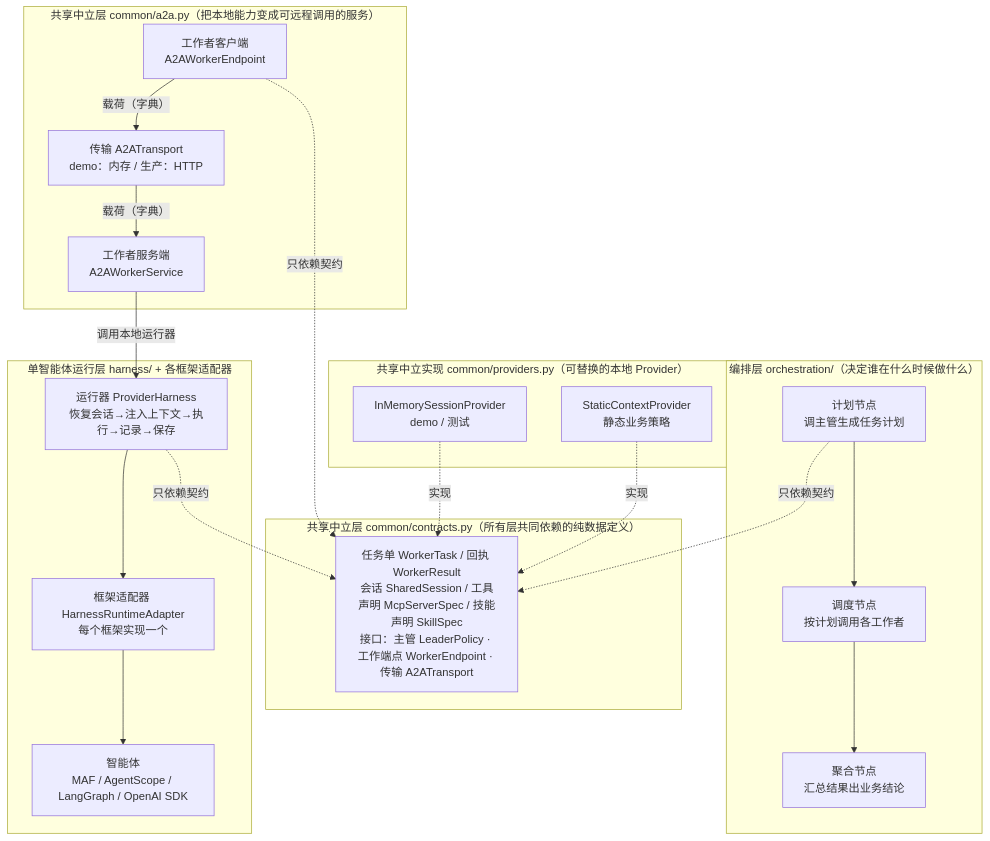
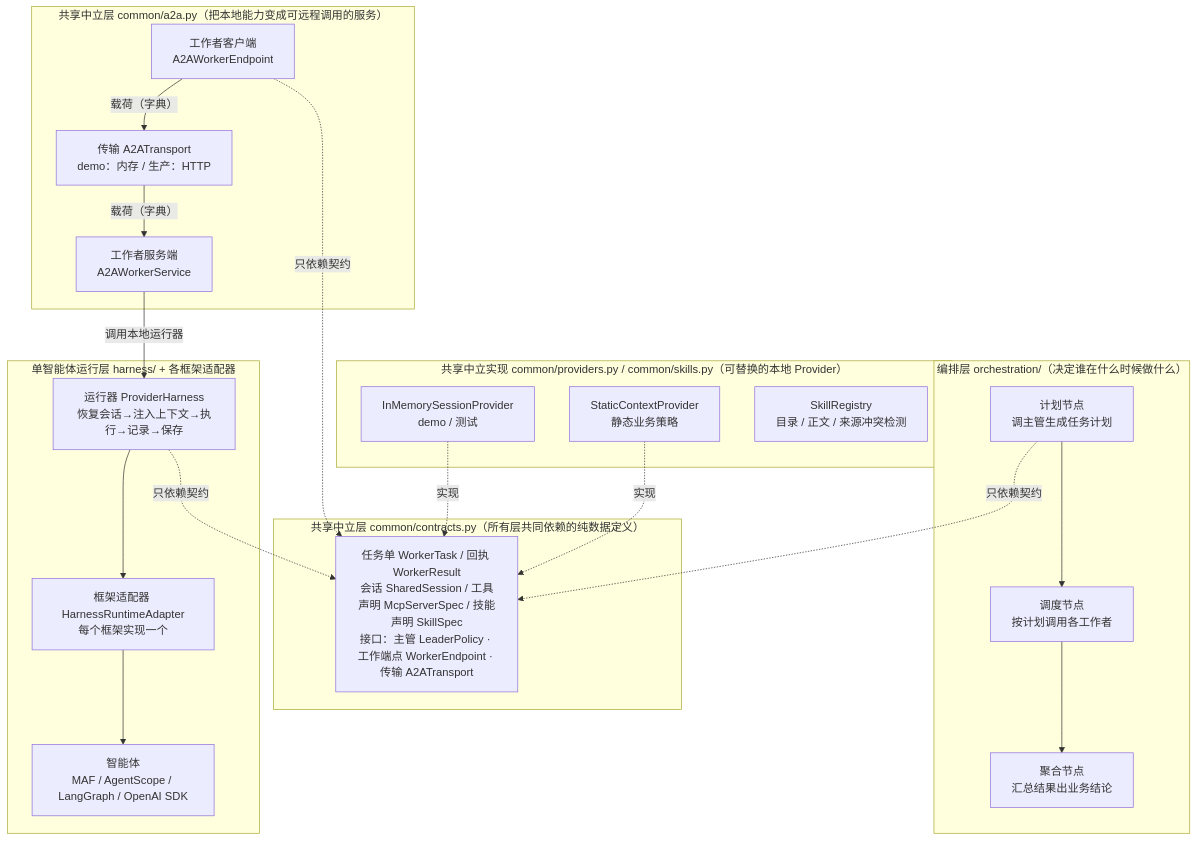
One commit to thisisfangsheng/UniversalContract changed the first of 5 diagrams in docs/01_架构设计.md. Above: the diagram before and after it, drawn with Mermaid. The commit also changed other lines of this file and 17 other files, not shown here.

Commit message:
feat: add skill registry and enhanced demos

````diff
--- a/docs/01_架构设计.md
+++ b/docs/01_架构设计.md
@@ -36,30 +36,31 @@
 ```mermaid
 flowchart TB
     subgraph 编排层["编排层 orchestration/（决定谁在什么时候做什么）"]
         PE["计划节点<br/>调主管生成任务计划"] --> DE["调度节点<br/>按计划调用各工作者"] --> AE["聚合节点<br/>汇总结果出业务结论"]
     end
 
     subgraph 契约层["共享中立层 common/contracts.py（所有层共同依赖的纯数据定义）"]
         TYPES["任务单 WorkerTask / 回执 WorkerResult<br/>会话 SharedSession / 工具声明 McpServerSpec / 技能声明 SkillSpec<br/>接口：主管 LeaderPolicy · 工作端点 WorkerEndpoint · 传输 A2ATransport"]
     end
 
     subgraph 协议层["共享中立层 common/a2a.py（把本地能力变成可远程调用的服务）"]
         CLIENT["工作者客户端<br/>A2AWorkerEndpoint"] -->|"载荷（字典）"| TRANS["传输 A2ATransport<br/>demo：内存 / 生产：HTTP"] -->|"载荷（字典）"| SERVER["工作者服务端<br/>A2AWorkerService"]
     end
 
-    subgraph Provider实现["共享中立实现 common/providers.py（可替换的本地 Provider）"]
+    subgraph Provider实现["共享中立实现 common/providers.py / common/skills.py（可替换的本地 Provider）"]
         SP["InMemorySessionProvider<br/>demo / 测试"]
         CP["StaticContextProvider<br/>静态业务策略"]
+        SK["SkillRegistry<br/>目录 / 正文 / 来源冲突检测"]
     end
 
     subgraph 运行层["单智能体运行层 harness/ + 各框架适配器"]
         PH["运行器 ProviderHarness<br/>恢复会话→注入上下文→执行→记录→保存"] --> RT["框架适配器 HarnessRuntimeAdapter<br/>每个框架实现一个"] --> RA["智能体<br/>MAF / AgentScope / LangGraph / OpenAI SDK"]
     end
 
     PE -.只依赖契约.-> TYPES
     CLIENT -.只依赖契约.-> TYPES
     PH -.只依赖契约.-> TYPES
     SP -.实现.-> TYPES
     CP -.实现.-> TYPES
     SERVER -->|"调用本地运行器"| PH
 ```
````
